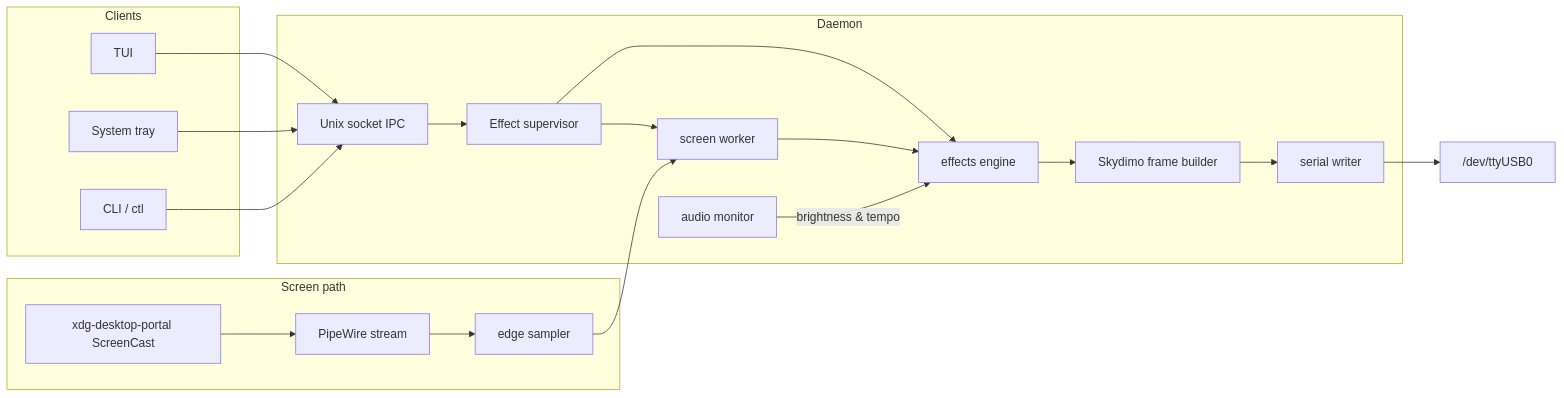
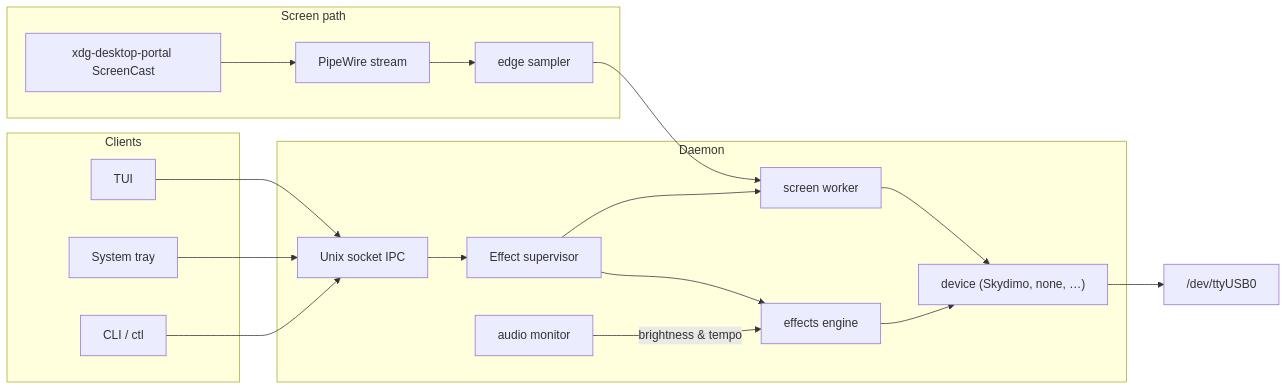
Before and after one commit to Ouzx/hyper-sync: the diagram in README.md, drawn with Mermaid. The commit also changed other lines of this file and 13 other files, not shown here.

````diff
--- a/README.md
+++ b/README.md
@@ -22,32 +22,31 @@
 ```mermaid
 flowchart LR
   subgraph clients [Clients]
     TUI[TUI]
     TRAY[System tray]
     CLI[CLI / ctl]
   end
 
   subgraph daemon [Daemon]
     IPC[Unix socket IPC]
     SUP[Effect supervisor]
     FX[effects engine]
     AUD[audio monitor]
     CAP[screen worker]
-    PROTO[Skydimo frame builder]
-    SER[serial writer]
+    DEV["device (Skydimo, none, …)"]
   end
 
   subgraph capture [Screen path]
     PORTAL[xdg-desktop-portal ScreenCast]
     PW[PipeWire stream]
     SAMP[edge sampler]
   end
 
   TUI --> IPC
   TRAY --> IPC
   CLI --> IPC
-  IPC --> SUP --> FX --> PROTO --> SER --> USB["/dev/ttyUSB0"]
-  SUP --> CAP
-  PORTAL --> PW --> SAMP --> CAP --> FX
+  IPC --> SUP --> FX --> DEV --> USB["/dev/ttyUSB0"]
+  SUP --> CAP --> DEV
+  PORTAL --> PW --> SAMP --> CAP
   AUD -->|brightness & tempo| FX
 ```
````
